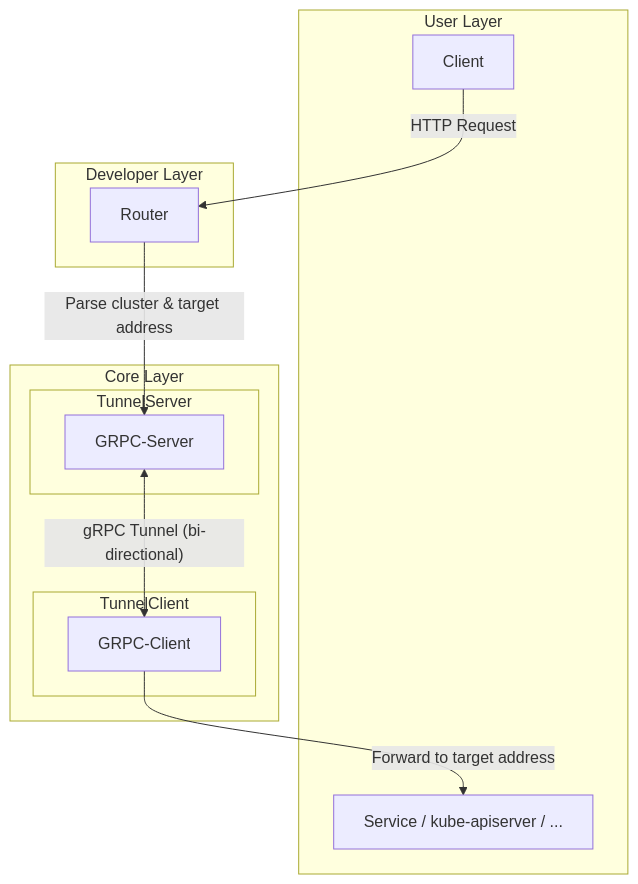
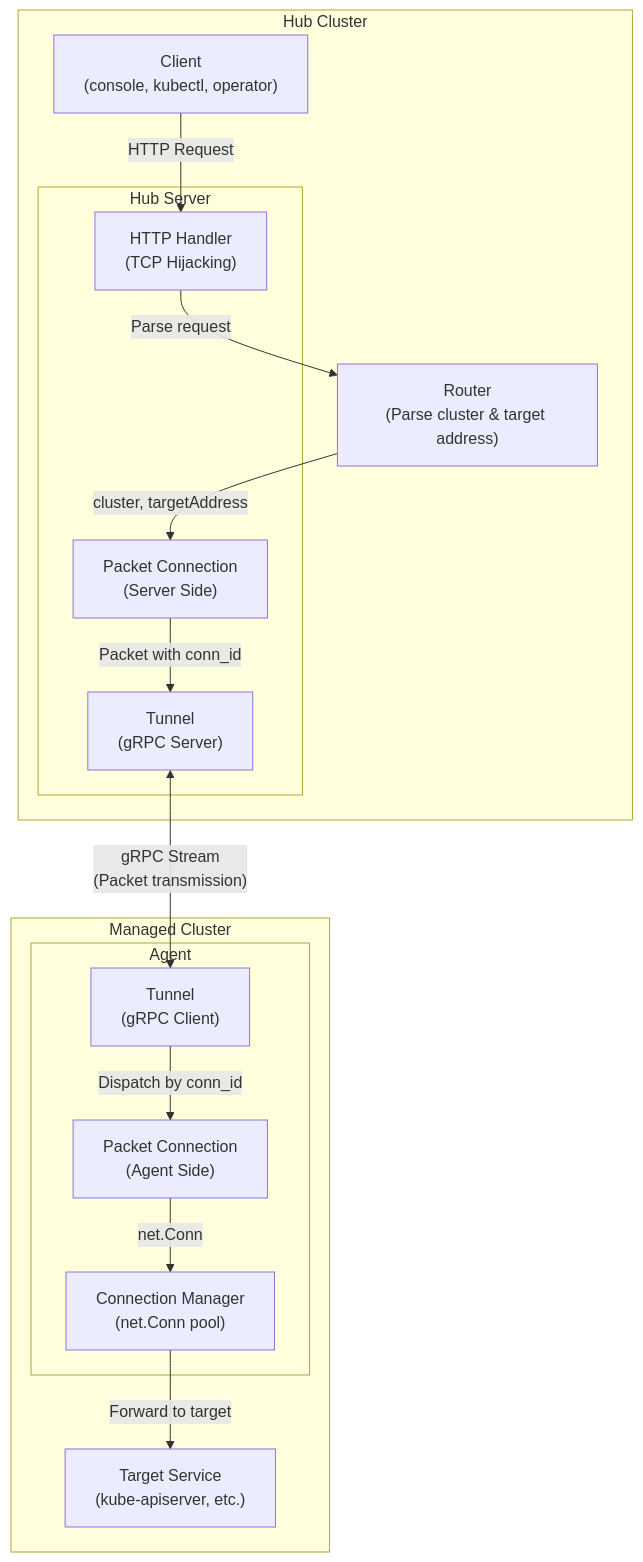
The diagram in README.md (xuezhaojun/multiclustertunnel), drawn with Mermaid before and after one commit. The commit also changed other lines of this file and 1 other file, not shown here.

````diff
--- a/README.md
+++ b/README.md
@@ -22,25 +22,30 @@
 ```mermaid
 flowchart TD
-  subgraph User Layer
-    Client["Client"]
-    Service["Service / kube-apiserver / ..."]
-  end
-
-  subgraph Developer Layer
-    Router["Router"]
-  end
-
-  subgraph Core Layer
-    subgraph TunnelServer
-      GRPC-Server["GRPC-Server"]
-    end
-    subgraph TunnelClient
-      GRPC-Client["GRPC-Client"]
+  subgraph Hub Cluster
+    Client["Client<br/>(console, kubectl, operator)"]
+    Router["Router<br/>(Parse cluster & target address)"]
+    subgraph Hub Server
+      HTTPHandler["HTTP Handler<br/>(TCP Hijacking)"]
+      PacketConnServer["Packet Connection<br/>(Server Side)"]
+      TunnelServer["Tunnel<br/>(gRPC Server)"]
     end
   end
 
-  Client -->|"HTTP Request"| Router
-  Router -->|"Parse cluster & target address"| GRPC-Server
-  GRPC-Server <--> |"gRPC Tunnel (bi-directional)"| GRPC-Client
-  GRPC-Client -->|"Forward to target address"| Service
+  subgraph Managed Cluster
+    subgraph Agent
+      TunnelClient["Tunnel<br/>(gRPC Client)"]
+      PacketConnAgent["Packet Connection<br/>(Agent Side)"]
+      ConnManager["Connection Manager<br/>(net.Conn pool)"]
+    end
+    Service["Target Service<br/>(kube-apiserver, etc.)"]
+  end
+
+  Client -->|"HTTP Request"| HTTPHandler
+  HTTPHandler -->|"Parse request"| Router
+  Router -->|"cluster, targetAddress"| PacketConnServer
+  PacketConnServer -->|"Packet with conn_id"| TunnelServer
+  TunnelServer <-->|"gRPC Stream<br/>(Packet transmission)"| TunnelClient
+  TunnelClient -->|"Dispatch by conn_id"| PacketConnAgent
+  PacketConnAgent -->|"net.Conn"| ConnManager
+  ConnManager -->|"Forward to target"| Service
 ```
````
